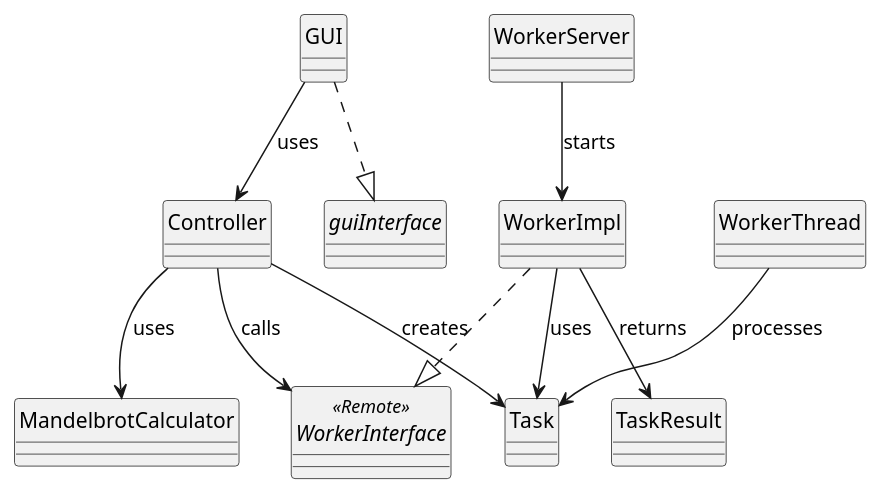
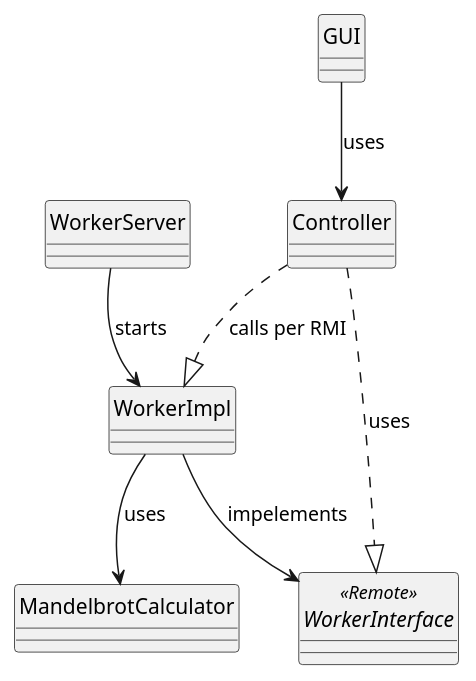
Before and after one commit to HTWDD-RN/vs-Beleg-ATEG: the diagram in UML_Klassendiagramm.puml, drawn with PlantUML.

Commit message:
UML Diagramm gezeichnet

```diff
--- a/UML_Klassendiagramm.puml
+++ b/UML_Klassendiagramm.puml
@@ -1,31 +1,27 @@
 @startuml
 skinparam style strictuml
 skinparam classAttributeIconSize 0
 
 ' Interfaces
-interface guiInterface
+
 interface WorkerInterface <<Remote>>
 
 ' Klassen
 class GUI
 class Controller
 class MandelbrotCalculator
-class Task
-class TaskResult
 class WorkerImpl
-class WorkerThread
 class WorkerServer
 
 ' Beziehungen
-GUI ..|> guiInterface
+
 GUI --> Controller : uses
-Controller --> MandelbrotCalculator : uses
-Controller --> Task : creates
-Controller --> WorkerInterface : calls
-WorkerImpl ..|> WorkerInterface
-WorkerImpl --> Task : uses
-WorkerImpl --> TaskResult : returns
-WorkerThread --> Task : processes
+Controller ..|> WorkerInterface : uses
+Controller ..|> WorkerImpl : calls per RMI
+WorkerImpl --> WorkerInterface : impelements
+WorkerImpl --> MandelbrotCalculator : uses
+
+
 WorkerServer --> WorkerImpl : starts
 
 @enduml
```
